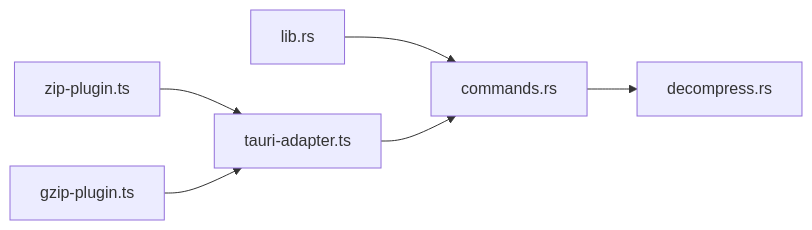
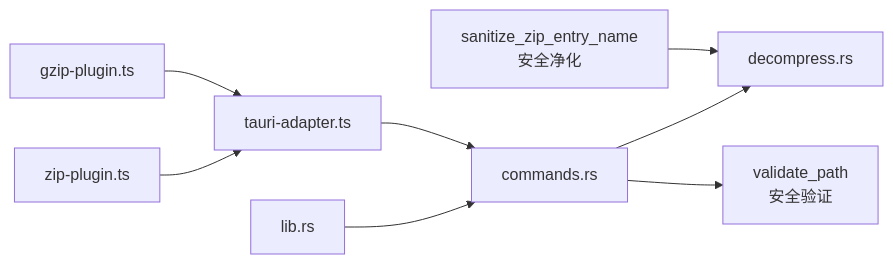
Before and after one commit to taoweidong/Hello-Tauri: the fourth of 4 diagrams in .qoder/repowiki/zh/content/Tauri 后端/IPC 命令接口/解压处理命令.md, drawn with Mermaid. The commit also changed other lines of this file and 32 other files, not shown here.

````diff
--- a/.qoder/repowiki/zh/content/Tauri 后端/IPC 命令接口/解压处理命令.md
+++ b/.qoder/repowiki/zh/content/Tauri 后端/IPC 命令接口/解压处理命令.md
@@ -204,8 +288,10 @@
 ```mermaid
 graph LR
 L["lib.rs"] --> C["commands.rs"]
 C --> D["decompress.rs"]
+C --> V["validate_path<br/>安全验证"]
 A["tauri-adapter.ts"] --> C
 Z["zip-plugin.ts"] --> A
 G["gzip-plugin.ts"] --> A
+S["sanitize_zip_entry_name<br/>安全净化"] --> D
 ```
````
